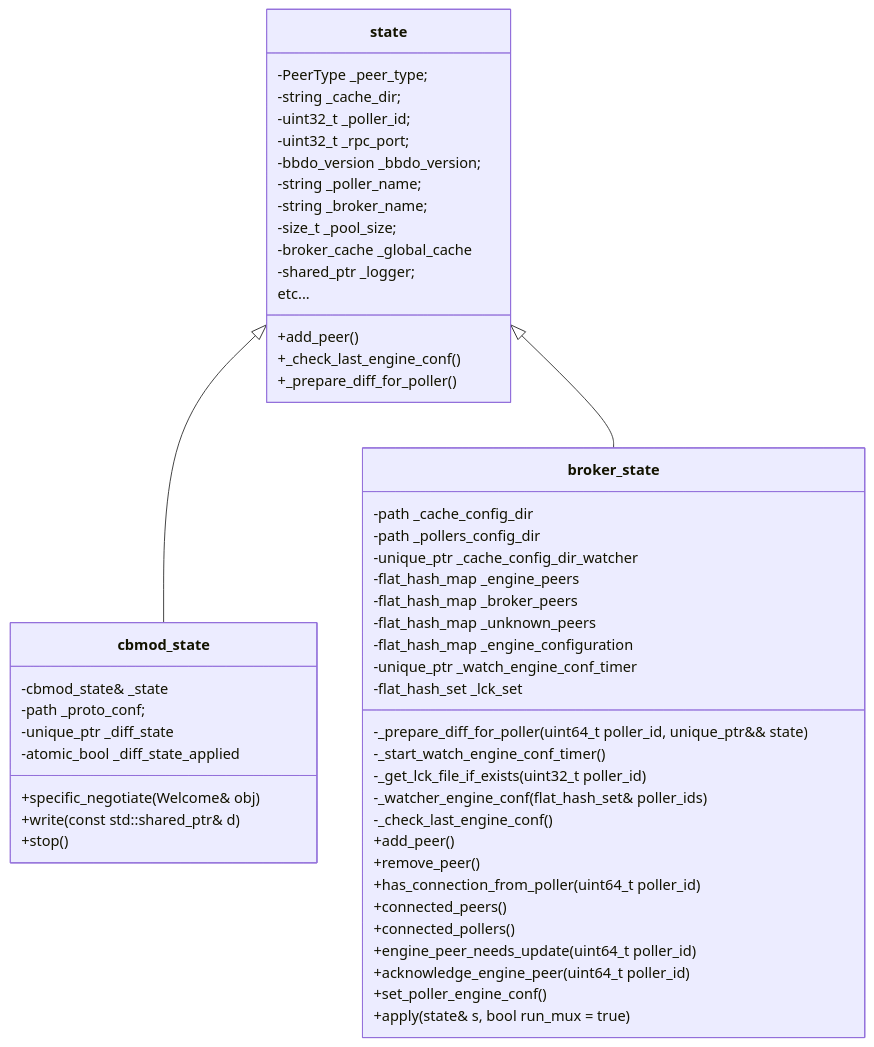
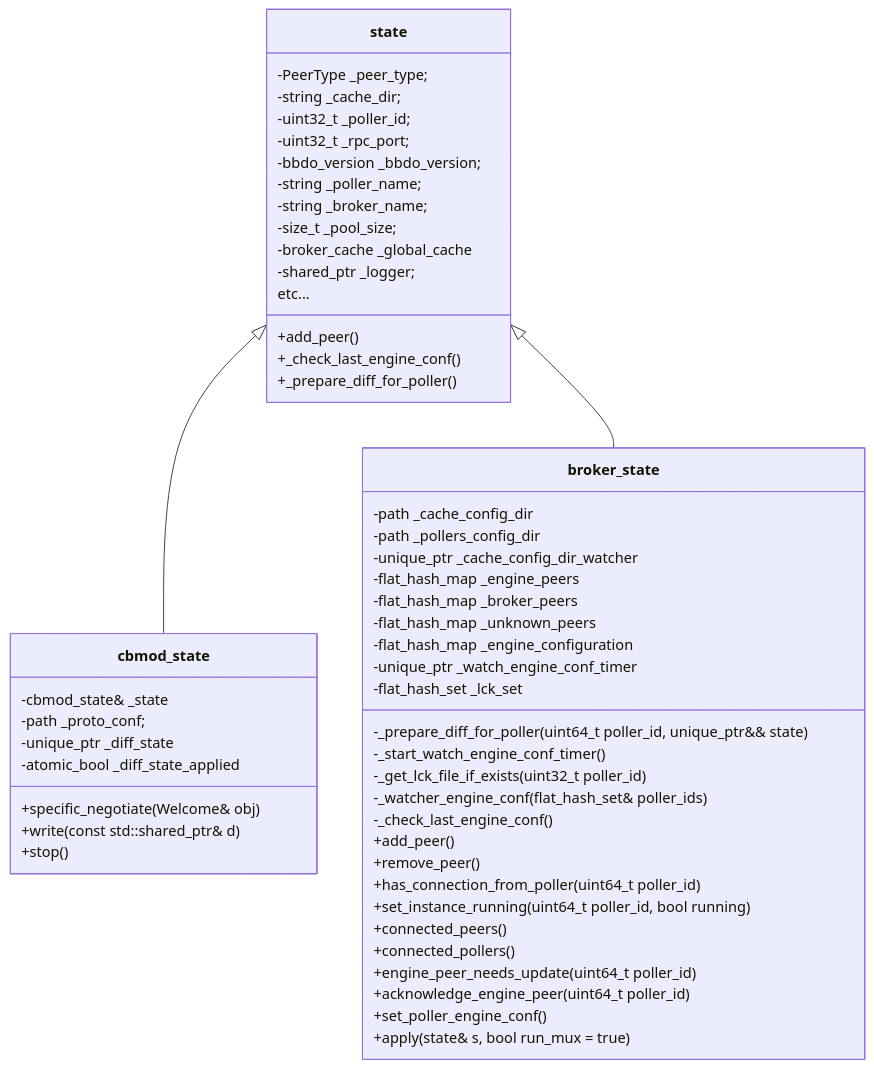
One commit to centreon/centreon-collect changed diagram 14 of 35 in broker/doc/nego-engine-broker-en.md. Above: the diagram before and after it, drawn with Mermaid. The commit also changed other lines of this file and 1 other file, not shown here.

````diff
--- a/broker/doc/nego-engine-broker-en.md
+++ b/broker/doc/nego-engine-broker-en.md
@@ -856,56 +856,57 @@
 ```mermaid
 classDiagram
     class state {
         -PeerType _peer_type;
         -string _cache_dir;
         -uint32_t _poller_id;
         -uint32_t _rpc_port;
         -bbdo_version _bbdo_version;
         -string _poller_name;
         -string _broker_name;
         -size_t _pool_size;
         -broker_cache _global_cache
         -shared_ptr<spdlog::logger> _logger;
 
         +add_peer()
         +_check_last_engine_conf()
         +_prepare_diff_for_poller()
         etc...
     }
     class cbmod_state {
         -cbmod_state& _state
         -path _proto_conf;
         -unique_ptr<DiffState> _diff_state
         -atomic_bool _diff_state_applied
         +specific_negotiate(Welcome& obj)
         +write(const std::shared_ptr<io::data>& d)
         +stop()
     }
     class broker_state {
         -path _cache_config_dir
         -path _pollers_config_dir
         -unique_ptr<directory_watcher> _cache_config_dir_watcher
         -flat_hash_map<peer_key, engine_peer> _engine_peers
         -flat_hash_map<peer_key, broker_peer> _broker_peers
         -flat_hash_map<peer_key, unknown_peer> _unknown_peers
         -flat_hash_map<uint64_t, string> _engine_configuration
         -unique_ptr<steady_timer> _watch_engine_conf_timer
         -flat_hash_set<uint32_t> _lck_set
         -_prepare_diff_for_poller(uint64_t poller_id, unique_ptr<State>&& state)
         -_start_watch_engine_conf_timer()
         -_get_lck_file_if_exists(uint32_t poller_id)
         -_watcher_engine_conf(flat_hash_set<uint32_t>& poller_ids)
         -_check_last_engine_conf()
         +add_peer()
         +remove_peer()
         +has_connection_from_poller(uint64_t poller_id)
+        +set_instance_running(uint64_t poller_id, bool running)
         +connected_peers()
         +connected_pollers()
         +engine_peer_needs_update(uint64_t poller_id)
         +acknowledge_engine_peer(uint64_t poller_id)
         +set_poller_engine_conf()
         +apply(state& s, bool run_mux = true)
     }
     state <|-- cbmod_state
     state <|-- broker_state
 ```
````
